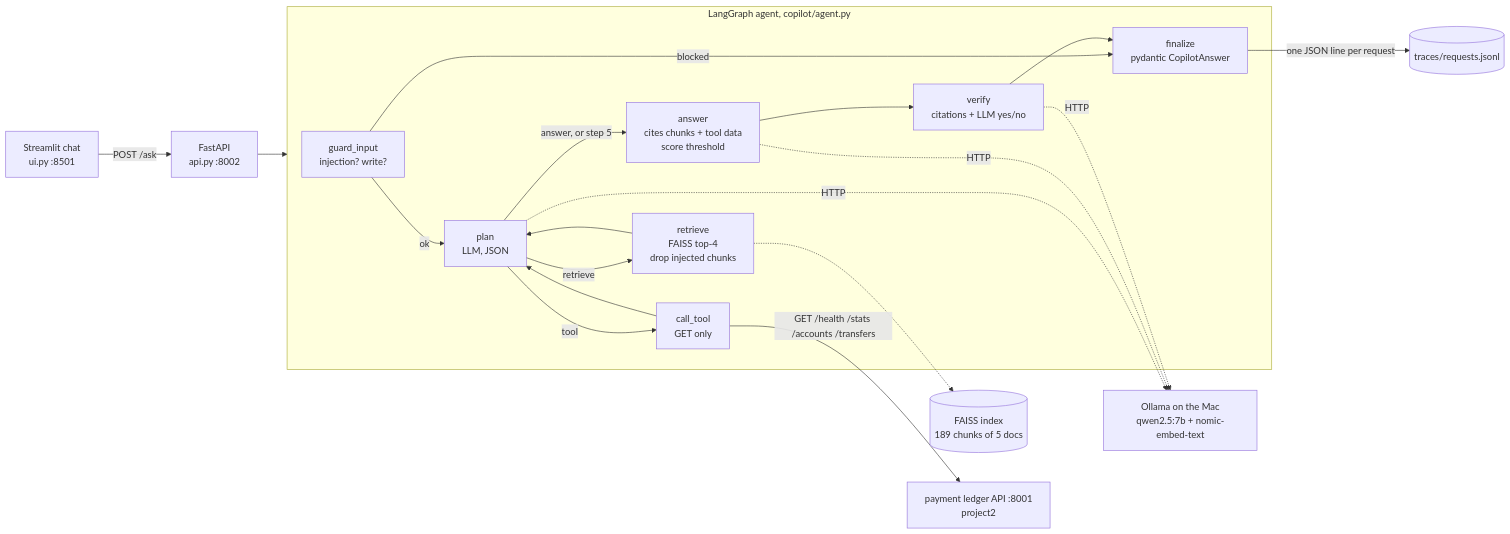
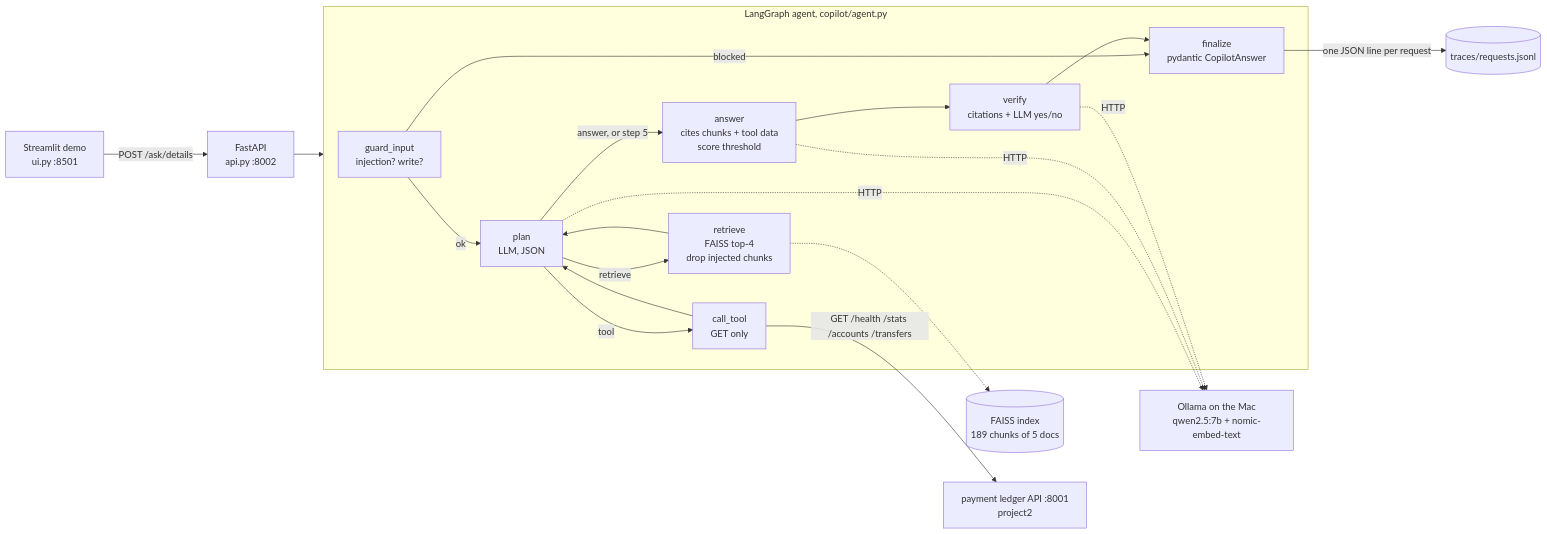
One commit to KARNATI-SREERAM/ledgerops-copilot changed the diagram in README.md. Above: the diagram before and after it, drawn with Mermaid. The commit also changed other lines of this file and 6 other files, not shown here.

````diff
--- a/README.md
+++ b/README.md
@@ -11,20 +11,20 @@
 ```mermaid
 flowchart LR
-    U[Streamlit chat<br/>ui.py :8501] -->|POST /ask| API[FastAPI<br/>api.py :8002]
+    U[Streamlit demo<br/>ui.py :8501] -->|POST /ask/details| API[FastAPI<br/>api.py :8002]
     API --> G
     subgraph G [LangGraph agent, copilot/agent.py]
         GI[guard_input<br/>injection? write?] -->|ok| P[plan<br/>LLM, JSON]
         GI -->|blocked| F
         P -->|retrieve| R[retrieve<br/>FAISS top-4<br/>drop injected chunks]
         P -->|tool| T[call_tool<br/>GET only]
         R --> P
         T --> P
         P -->|answer, or step 5| A[answer<br/>cites chunks + tool data<br/>score threshold]
         A --> V[verify<br/>citations + LLM yes/no]
         V --> F[finalize<br/>pydantic CopilotAnswer]
     end
     R -.-> IDX[(FAISS index<br/>189 chunks of 5 docs)]
     P & A & V -.->|HTTP| OL[Ollama on the Mac<br/>qwen2.5:7b + nomic-embed-text]
     T -->|GET /health /stats /accounts /transfers| L[payment ledger API :8001<br/>project2]
     F -->|one JSON line per request| TR[(traces/requests.jsonl)]
 ```
````
